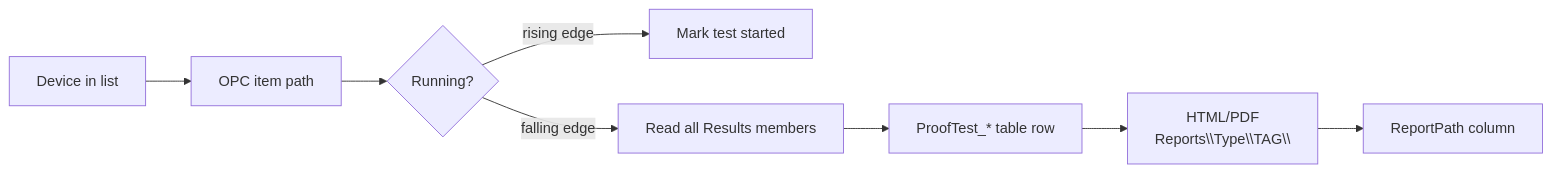
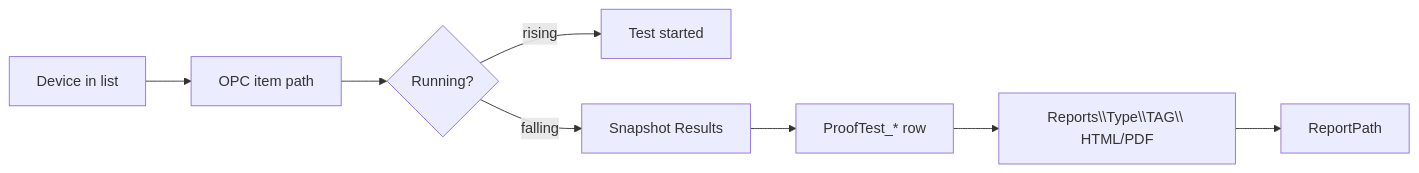
The seventh of 11 diagrams in Specifications/HIMA-Prooftest-Architecture-Mermaid.md (D-Mouna/Prooftest-Reporting-solution), drawn with Mermaid before and after one commit. The commit also changed other lines of this file and 200 other files, not shown here.

````diff
--- a/Specifications/HIMA-Prooftest-Architecture-Mermaid.md
+++ b/Specifications/HIMA-Prooftest-Architecture-Mermaid.md
@@ -188,10 +180,10 @@
 ```mermaid
 flowchart LR
   DEV[Device in list] --> OPC[OPC item path]
   OPC --> RUN{Running?}
-  RUN -->|rising edge| START[Mark test started]
-  RUN -->|falling edge| SNAP[Read all Results members]
-  SNAP --> TBL["ProofTest_* table row"]
-  TBL --> RPT["HTML/PDF<br/>Reports\\Type\\TAG\\"]
-  RPT --> PATH[ReportPath column]
+  RUN -->|rising| START[Test started]
+  RUN -->|falling| SNAP[Snapshot Results]
+  SNAP --> TBL[ProofTest_* row]
+  TBL --> RPT["Reports\\Type\\TAG\\ HTML/PDF"]
+  RPT --> PATH[ReportPath]
 ```
````
